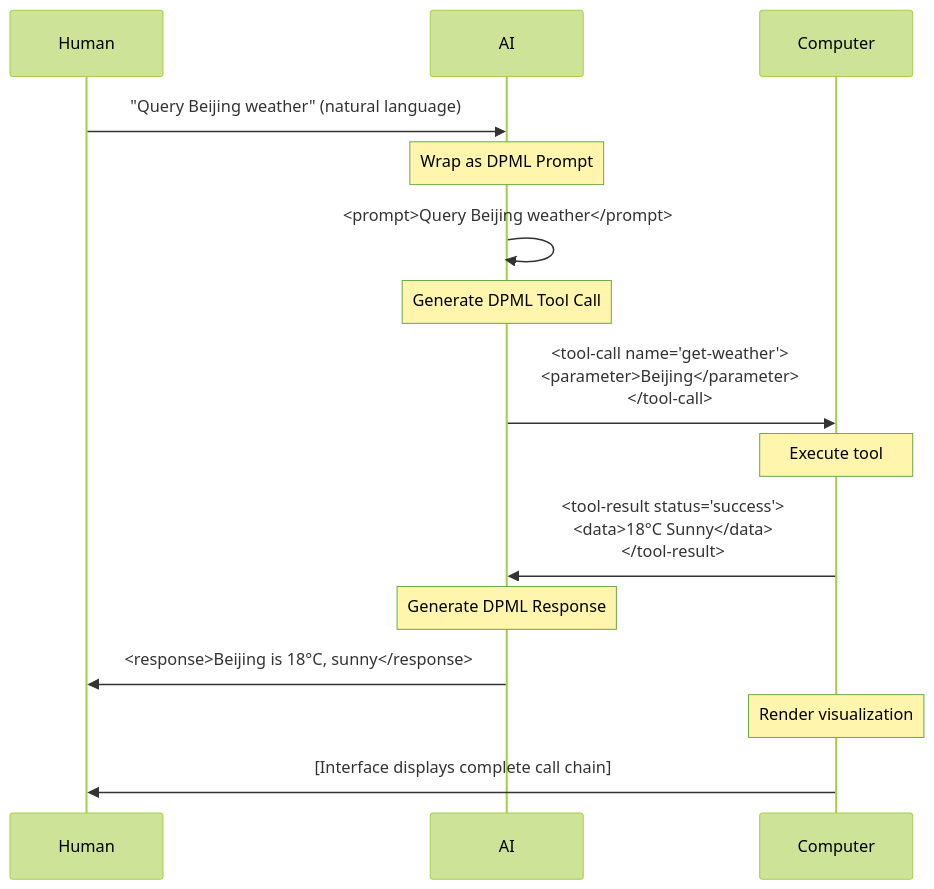
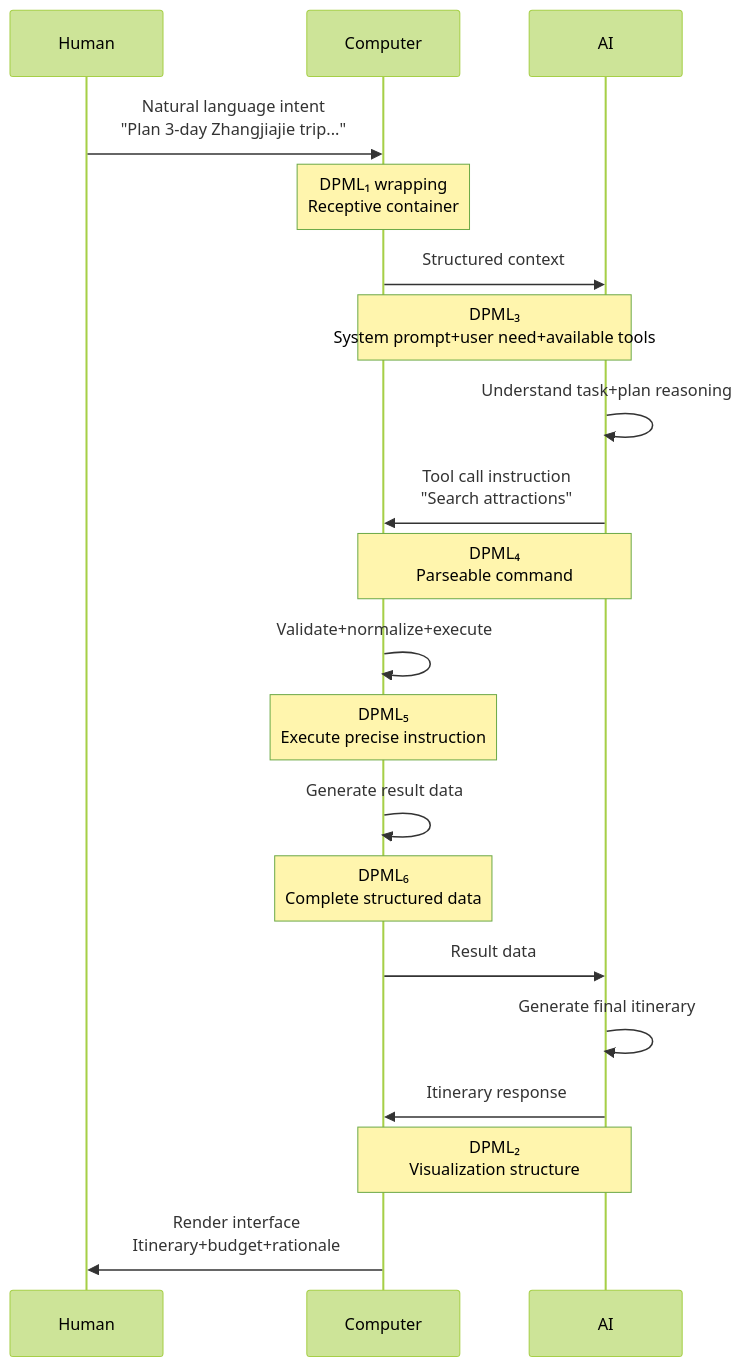
The second of 2 diagrams in specs/v1.0/whitepaper/index.en.md (Deepractice/DPML), drawn with Mermaid (forest theme) before and after one commit. The commit also changed other lines of this file and 6 other files, not shown here.

````diff
--- a/specs/v1.0/whitepaper/index.en.md
+++ b/specs/v1.0/whitepaper/index.en.md
@@ -638,22 +750,33 @@
 ```mermaid
 sequenceDiagram
-    participant H as Human
-    participant A as AI
-    participant C as Computer
+    participant Human
+    participant Computer
+    participant AI
 
-    H->>A: "Query Beijing weather" (natural language)
-    Note over A: Wrap as DPML Prompt
-    A->>A: <prompt>Query Beijing weather</prompt>
+    Human->>Computer: Natural language intent<br/>"Plan 3-day Zhangjiajie trip..."
+    Note over Computer: DPML₁ wrapping<br/>Receptive container
 
-    Note over A: Generate DPML Tool Call
-    A->>C: <tool-call name="get-weather"><br/><parameter>Beijing</parameter><br/></tool-call>
+    Computer->>AI: Structured context
+    Note over Computer,AI: DPML₃<br/>System prompt+user need+available tools
 
-    Note over C: Execute tool
-    C->>A: <tool-result status="success"><br/><data>18°C Sunny</data><br/></tool-result>
+    AI->>AI: Understand task+plan reasoning
 
-    Note over A: Generate DPML Response
-    A->>H: <response>Beijing is 18°C, sunny</response>
+    AI->>Computer: Tool call instruction<br/>"Search attractions"
+    Note over AI,Computer: DPML₄<br/>Parseable command
 
-    Note over C: Render visualization
-    C->>H: [Interface displays complete call chain]
+    Computer->>Computer: Validate+normalize+execute
+
+    Note over Computer: DPML₅<br/>Execute precise instruction
+
+    Computer->>Computer: Generate result data
+
+    Note over Computer: DPML₆<br/>Complete structured data
+
+    Computer->>AI: Result data
+    AI->>AI: Generate final itinerary
+
+    AI->>Computer: Itinerary response
+    Note over AI,Computer: DPML₂<br/>Visualization structure
+
+    Computer->>Human: Render interface<br/>Itinerary+budget+rationale
 ```
````
